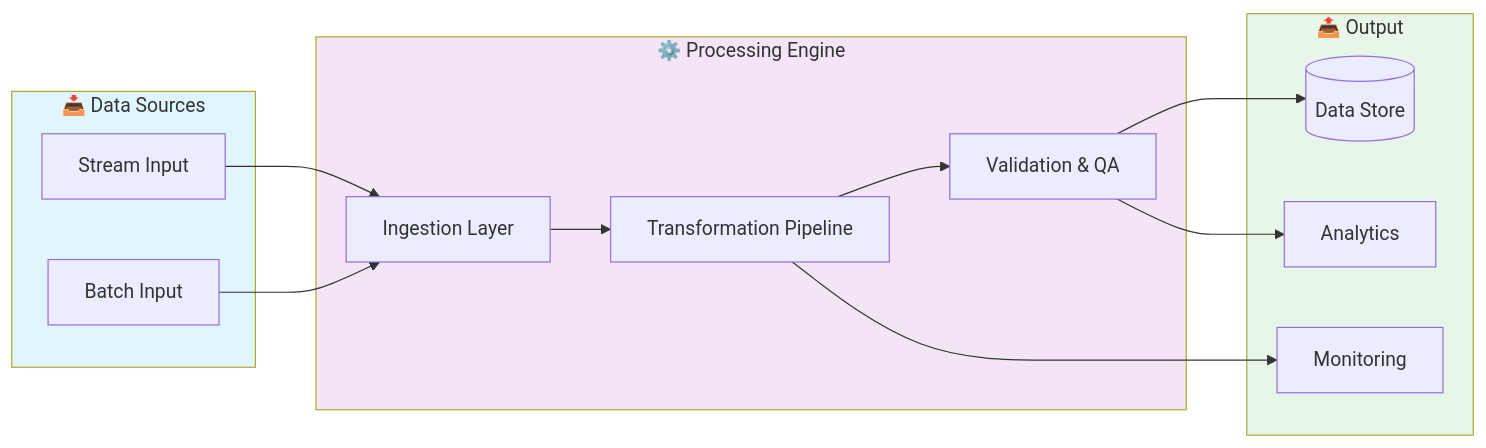
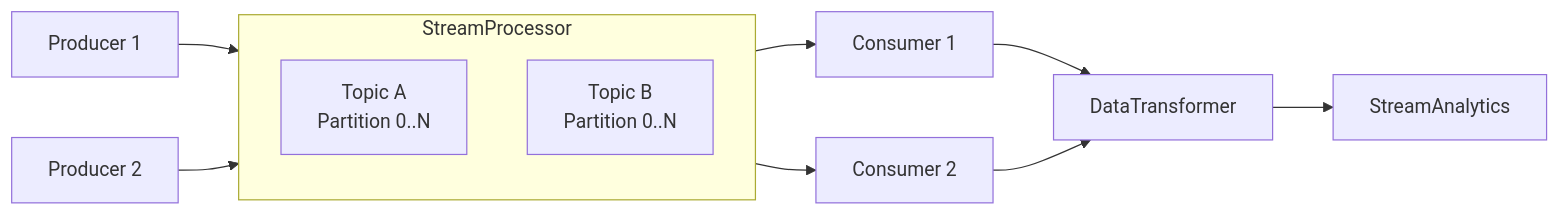
Before and after one commit to galafis/Stream-Processing-Engine: the second of 2 diagrams in README.md, drawn with Mermaid. The commit also changed other lines of this file and 9 other files, not shown here.

````diff
--- a/README.md
+++ b/README.md
@@ -150,30 +88,14 @@
 ```mermaid
 graph LR
-    subgraph Input["📥 Data Sources"]
-        A[Stream Input]
-        B[Batch Input]
+    P1[Producer 1] --> SP[StreamProcessor]
+    P2[Producer 2] --> SP
+    subgraph SP[StreamProcessor]
+        T1[Topic A\nPartition 0..N]
+        T2[Topic B\nPartition 0..N]
     end
-    
-    subgraph Processing["⚙️ Processing Engine"]
-        C[Ingestion Layer]
-        D[Transformation Pipeline]
-        E[Validation & QA]
-    end
-    
-    subgraph Output["📤 Output"]
-        F[(Data Store)]
-        G[Analytics]
-        H[Monitoring]
-    end
-    
-    A --> C
-    B --> C
-    C --> D --> E
-    E --> F
-    E --> G
-    D --> H
-    
-    style Input fill:#e1f5fe
-    style Processing fill:#f3e5f5
-    style Output fill:#e8f5e9
+    SP --> C1[Consumer 1]
+    SP --> C2[Consumer 2]
+    C1 --> DT[DataTransformer]
+    C2 --> DT
+    DT --> SA[StreamAnalytics]
 ```
````
